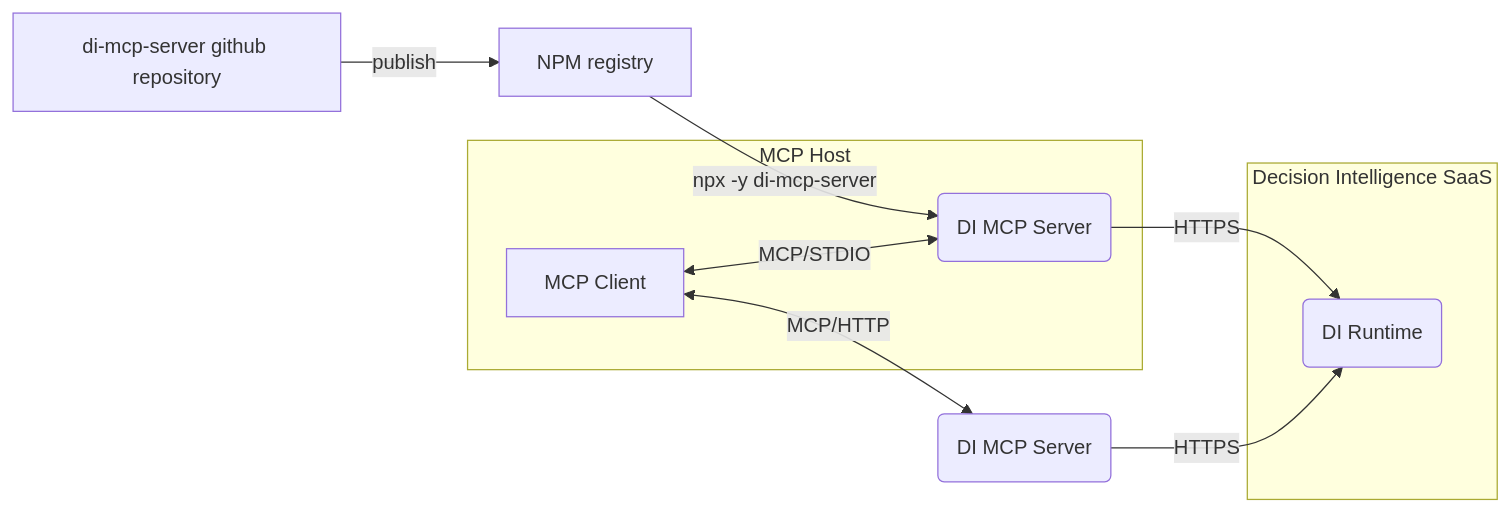
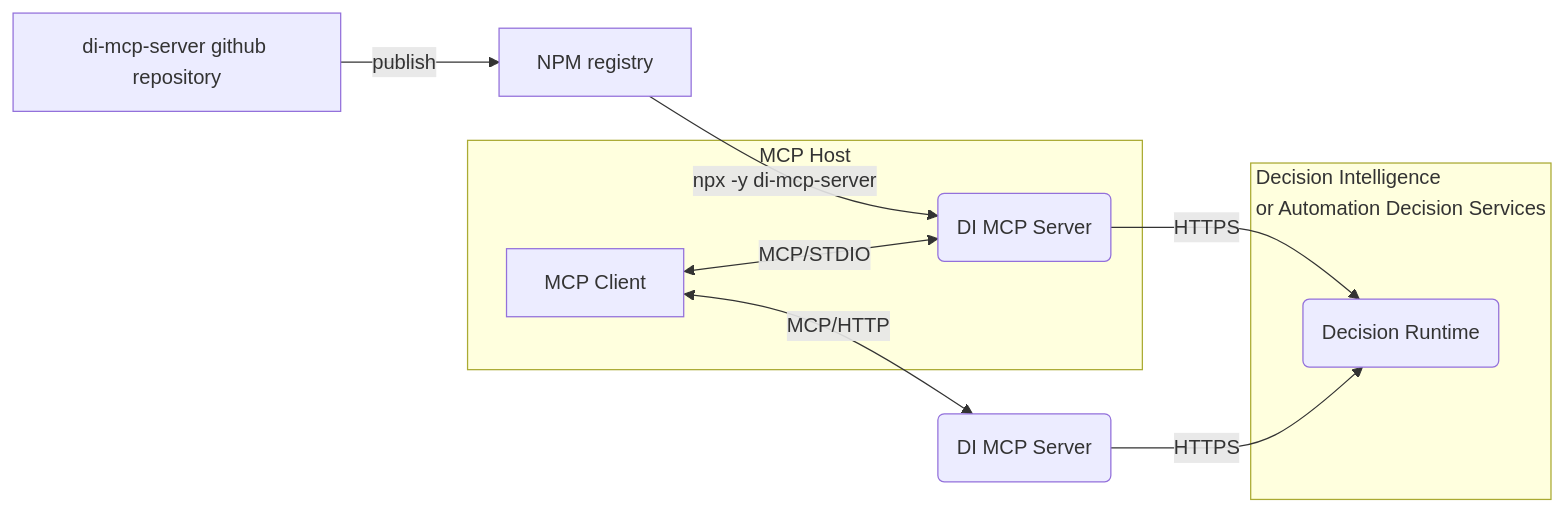
The diagram in README.md (DecisionsDev/decision-intelligence-mcp-server), drawn with Mermaid before and after one commit. The commit also changed other lines of this file, not shown here.

````diff
--- a/README.md
+++ b/README.md
@@ -11,19 +11,19 @@
 ```mermaid
 flowchart LR
     github["di-mcp-server github repository"] -- publish --> registry
     registry["NPM registry"] -- npx -y di-mcp-server--> server
 
     subgraph MCP Host 
         client["MCP Client"] <-- MCP/STDIO --> server("DI MCP Server")
     end
 
-    server -- HTTPS --> runtime("DI Runtime")
+    server -- HTTPS --> runtime("Decision Runtime")
 
-    subgraph Decision Intelligence SaaS
+    subgraph id["Decision Intelligence<br>or Automation Decision Services"]
         runtime
     end
 
 
     client <-- MCP/HTTP --> server2("DI MCP Server") -- HTTPS --> runtime
 
 ```
````
